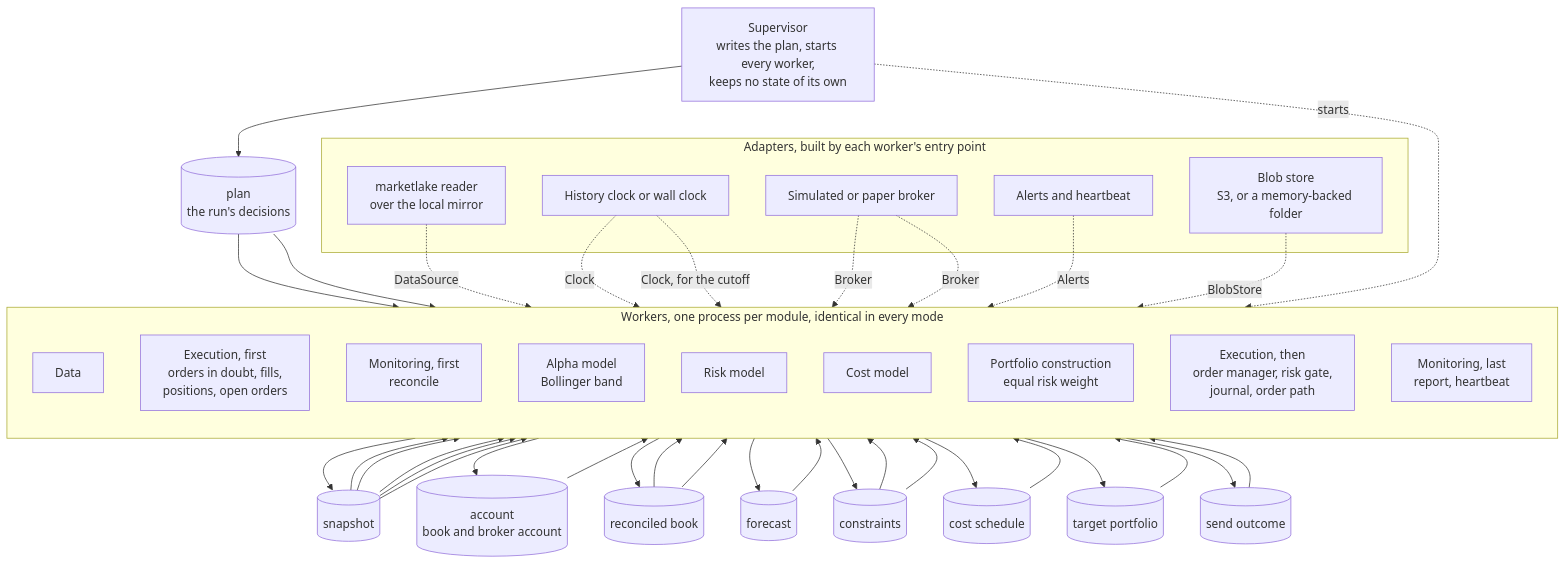
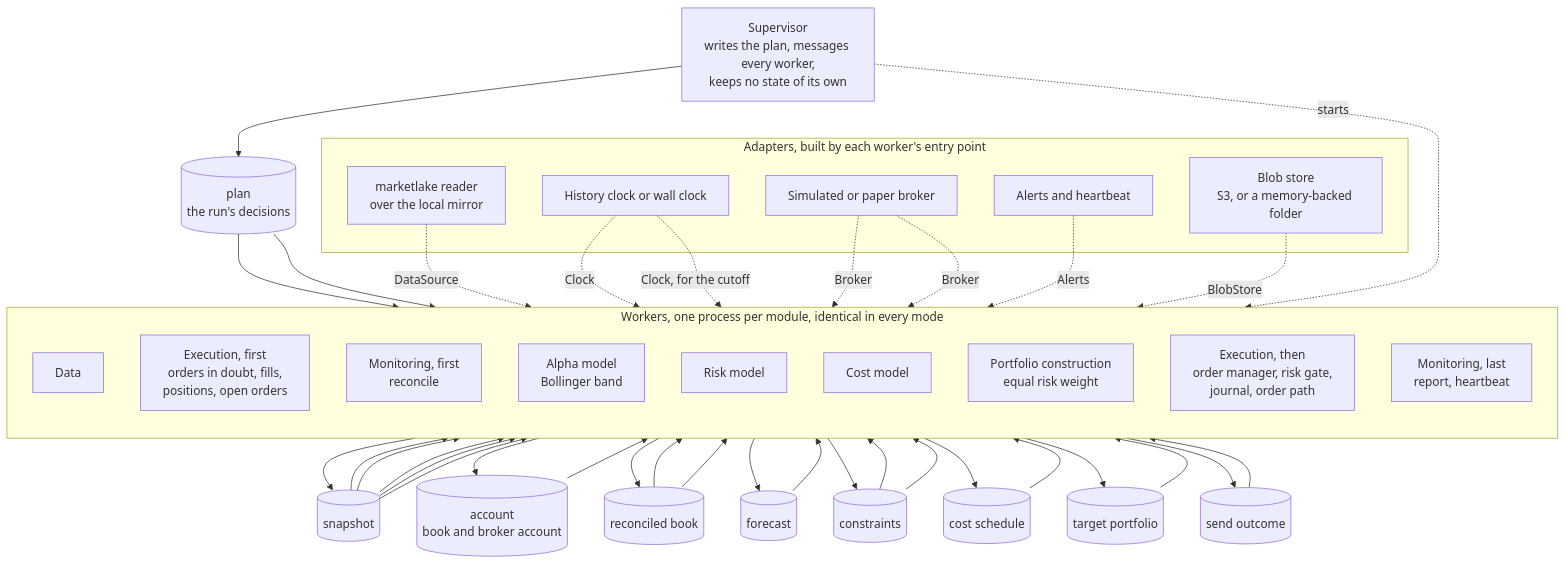
The second of 16 diagrams in docs/architecture.md (l3a0/ithildin-runtime), drawn with Mermaid before and after one commit. The commit also changed other lines of this file and 1 other file, not shown here.

First line of the commit message:
docs(design): a supervisor that only sends messages, a container per component

````diff
--- a/docs/architecture.md
+++ b/docs/architecture.md
@@ -278,63 +278,63 @@
 ```mermaid
 flowchart TB
-    sup["Supervisor<br/>writes the plan, starts every worker,<br/>keeps no state of its own"]
+    sup["Supervisor<br/>writes the plan, messages every worker,<br/>keeps no state of its own"]
     plan[("plan<br/>the run's decisions")]
     sup --> plan
 
     subgraph workers["Workers, one process per module, identical in every mode"]
         direction TB
         data["Data"]
         exec_recover["Execution, first<br/>orders in doubt, fills,<br/>positions, open orders"]
         mon_recon["Monitoring, first<br/>reconcile"]
         alpha["Alpha model<br/>Bollinger band"]
         risk["Risk model"]
         cost["Cost model"]
         pc["Portfolio construction<br/>equal risk weight"]
         exec_send["Execution, then<br/>order manager, risk gate,<br/>journal, order path"]
         mon_report["Monitoring, last<br/>report, heartbeat"]
     end
 
     snap[("snapshot")]
     acct[("account<br/>book and broker account")]
     book[("reconciled book")]
     fc[("forecast")]
     cons[("constraints")]
     sched[("cost schedule")]
     target[("target portfolio")]
     outcome[("send outcome")]
 
     plan --> data
     plan --> exec_recover
     snap --> exec_recover
     data --> snap
     exec_recover --> acct --> mon_recon --> book
     snap --> alpha --> fc
     snap --> risk
     book --> risk --> cons
     snap --> cost --> sched
     fc --> pc
     cons --> pc
     sched --> pc
     book --> pc --> target
     target --> exec_send
     cons --> exec_send
     snap --> exec_send
     exec_send --> outcome --> mon_report
 
     subgraph adapters["Adapters, built by each worker's entry point"]
         lakesrc["marketlake reader<br/>over the local mirror"]
         clock["History clock or wall clock"]
         broker["Simulated or paper broker"]
         store["Blob store<br/>S3, or a memory-backed folder"]
         alertsink["Alerts and heartbeat"]
     end
 
     lakesrc -. "DataSource" .-> data
     clock -. "Clock" .-> data
     clock -. "Clock, for the cutoff" .-> exec_send
     broker -. "Broker" .-> exec_recover
     broker -. "Broker" .-> exec_send
     store -. "BlobStore" .-> workers
     alertsink -. "Alerts" .-> mon_report
     sup -. "starts" .-> workers
 ```
````
